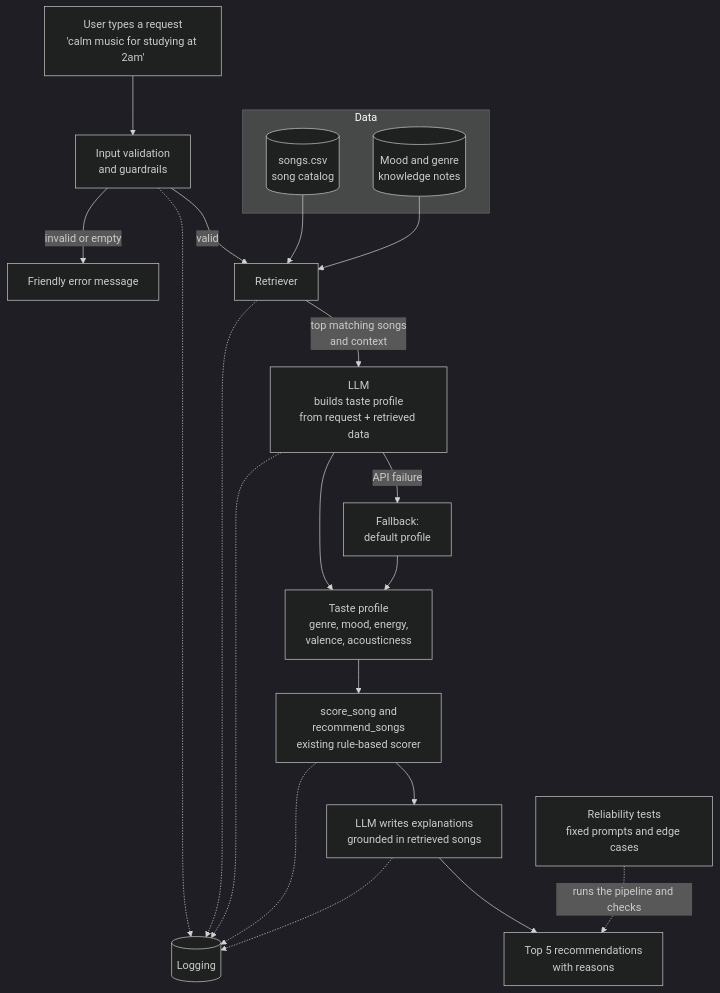
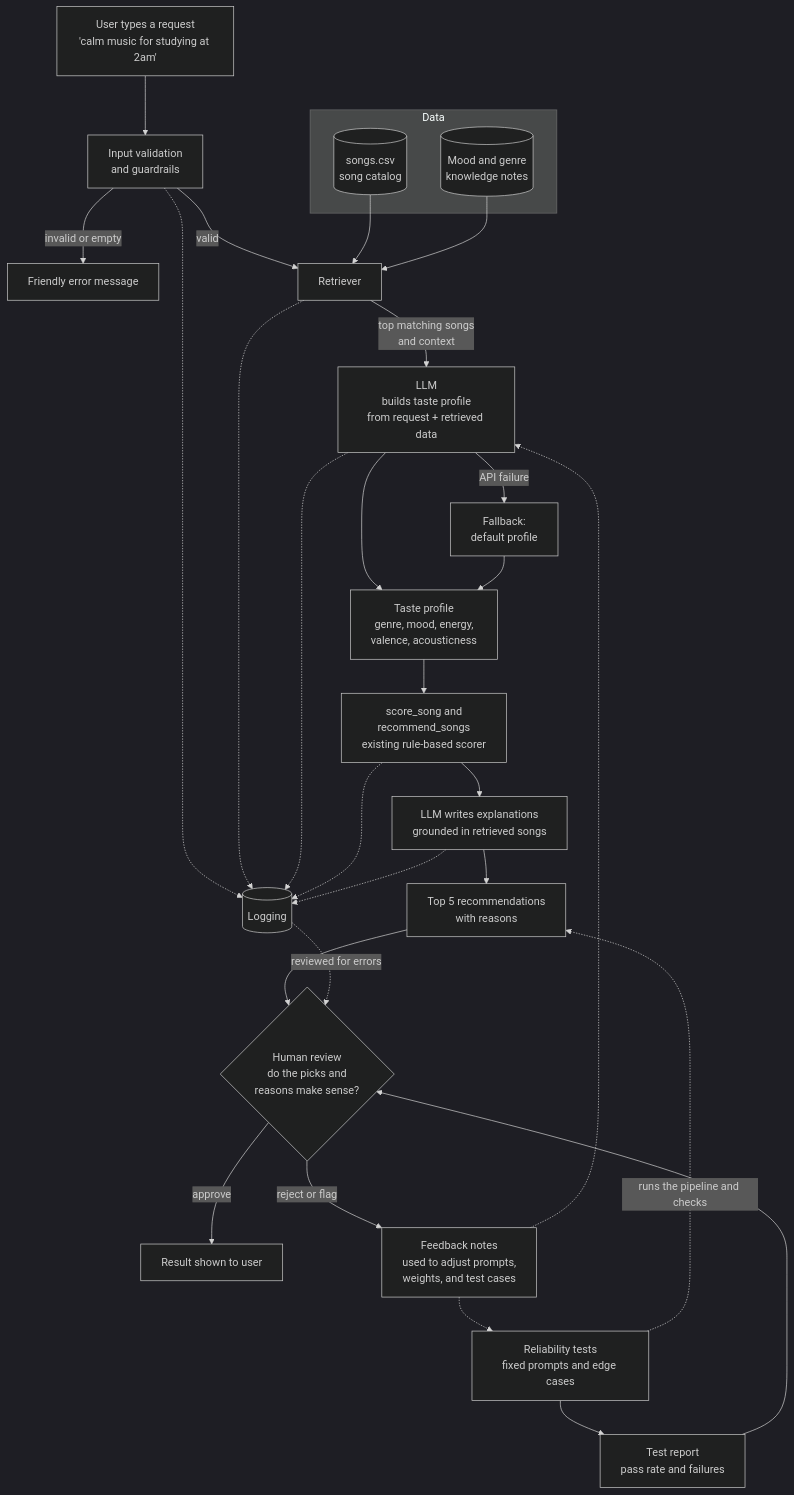
Before and after one commit to farwaa-sr/applied-ai-system-project-end2end: the diagram in diagrams/architecture_v1.md, drawn with Mermaid (dark theme). The commit also changed other lines of this file and 1 other file, not shown here.

Commit message:
Add human review step to architecture diagram

````diff
--- a/diagrams/architecture_v1.md
+++ b/diagrams/architecture_v1.md
@@ -5,31 +5,40 @@
 ```mermaid
 flowchart TD
     U[User types a request<br/>'calm music for studying at 2am'] --> V[Input validation<br/>and guardrails]
     V -->|invalid or empty| E[Friendly error message]
     V -->|valid| R[Retriever]
 
     subgraph Data
         C[(songs.csv<br/>song catalog)]
         K[(Mood and genre<br/>knowledge notes)]
     end
 
     C --> R
     K --> R
 
     R -->|top matching songs<br/>and context| L[LLM<br/>builds taste profile<br/>from request + retrieved data]
     L -->|API failure| F[Fallback:<br/>default profile]
     L --> P[Taste profile<br/>genre, mood, energy,<br/>valence, acousticness]
     F --> P
 
     P --> S[score_song and<br/>recommend_songs<br/>existing rule-based scorer]
     S --> G[LLM writes explanations<br/>grounded in retrieved songs]
     G --> O[Top 5 recommendations<br/>with reasons]
 
     V -.-> LOG[(Logging)]
     R -.-> LOG
     L -.-> LOG
     S -.-> LOG
     G -.-> LOG
 
     T[Reliability tests<br/>fixed prompts and edge cases] -.->|runs the pipeline and checks| O
+    T --> TR[Test report<br/>pass rate and failures]
+
+    O --> H{Human review<br/>do the picks and<br/>reasons make sense?}
+    TR --> H
+    H -->|approve| D[Result shown to user]
+    H -->|reject or flag| FB[Feedback notes<br/>used to adjust prompts,<br/>weights, and test cases]
+    FB -.-> L
+    FB -.-> T
+    LOG -.->|reviewed for errors| H
 ```
````
